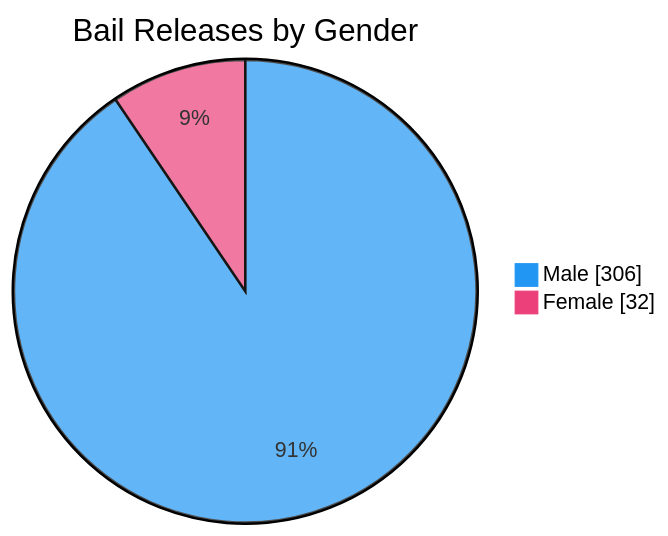
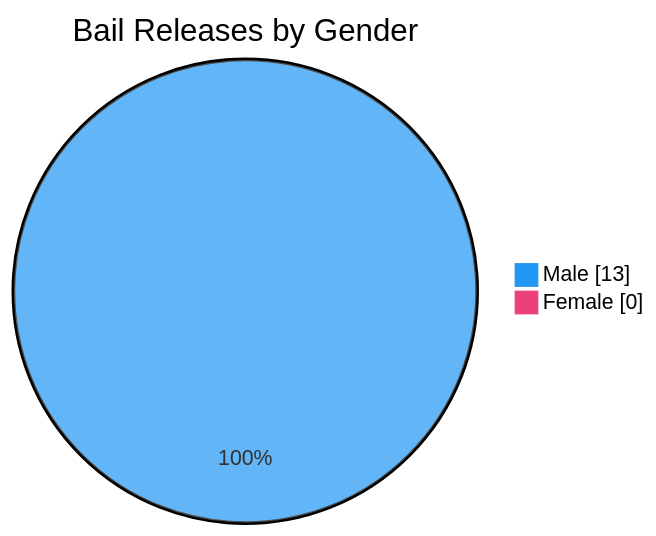
The seventh of 7 diagrams in README.md (nuuuwan/lk_prisons), drawn with Mermaid before and after one commit. The commit also changed other lines of this file and 1 other file, not shown here.

````diff
--- a/README.md
+++ b/README.md
@@ -109,6 +109,6 @@
 ```mermaid
 %%{init: {'themeVariables': {'pie1': '#2196F3', 'pie2': '#EC407A'}}}%%
 pie showData title Bail Releases by Gender
-    "Male" : 306
-    "Female" : 32
+    "Male" : 13
+    "Female" : 0
 ```
````
